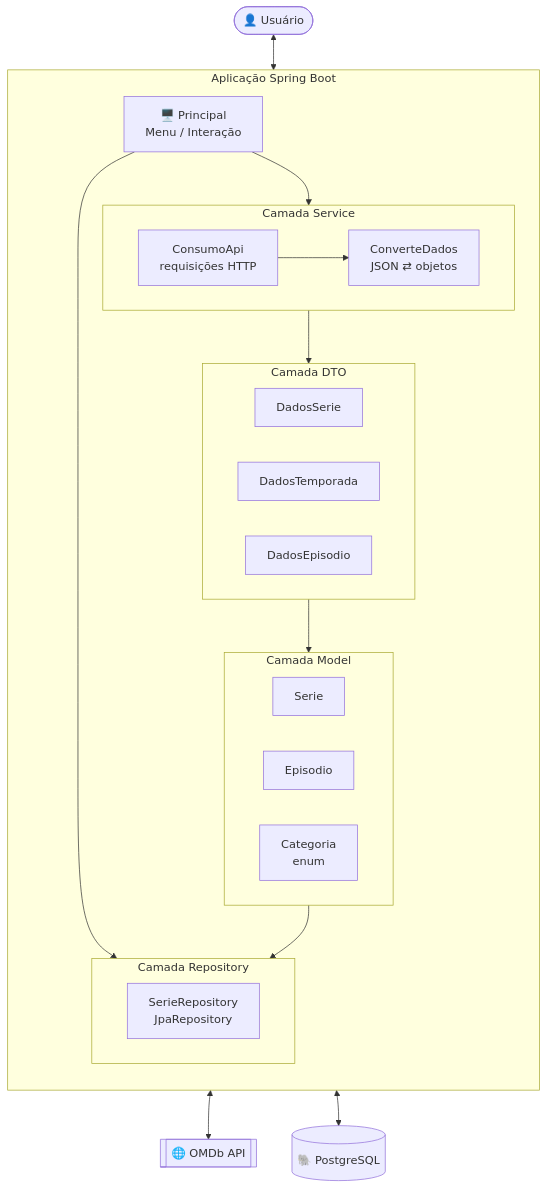
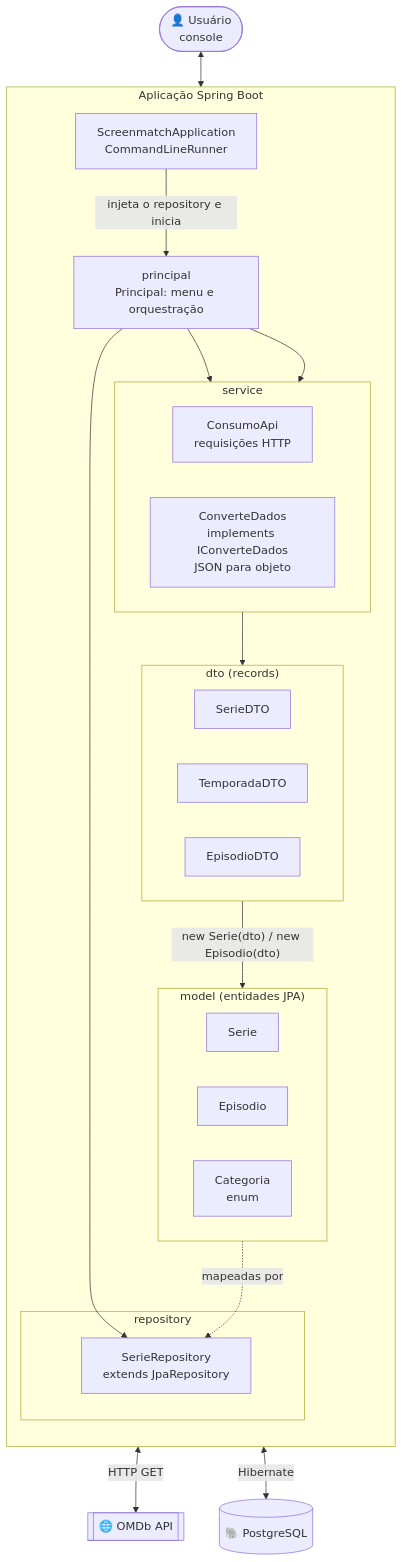
Before and after one commit to IgorPedrol/Screenmatch: the first of 5 diagrams in README.md, drawn with Mermaid. The commit also changed other lines of this file, not shown here.

````diff
--- a/README.md
+++ b/README.md
@@ -92,46 +85,48 @@
 ```mermaid
 flowchart TB
-    U(["👤 Usuário"])
+    U(["👤 Usuário<br/>console"])
 
     subgraph APP["Aplicação Spring Boot"]
         direction TB
-        P["🖥️ Principal<br/>Menu / Interação"]
+        MAIN["ScreenmatchApplication<br/>CommandLineRunner"]
+        P["principal<br/>Principal: menu e orquestração"]
 
-        subgraph SVC["Camada Service"]
+        subgraph SVC["service"]
             direction LR
             CA["ConsumoApi<br/>requisições HTTP"]
-            CD["ConverteDados<br/>JSON ⇄ objetos"]
+            CD["ConverteDados<br/>implements IConverteDados<br/>JSON para objeto"]
         end
 
-        subgraph DTO["Camada DTO"]
+        subgraph DTO["dto (records)"]
             direction LR
-            D1["DadosSerie"]
-            D2["DadosTemporada"]
-            D3["DadosEpisodio"]
+            D1["SerieDTO"]
+            D2["TemporadaDTO"]
+            D3["EpisodioDTO"]
         end
 
-        subgraph MDL["Camada Model"]
+        subgraph MDL["model (entidades JPA)"]
             direction LR
             M1["Serie"]
             M2["Episodio"]
             M3["Categoria<br/>enum"]
         end
 
-        subgraph REPO["Camada Repository"]
-            R1["SerieRepository<br/>JpaRepository"]
+        subgraph REPO["repository"]
+            R1["SerieRepository<br/>extends JpaRepository"]
         end
     end
 
     DB[("🐘 PostgreSQL")]
     API[["🌐 OMDb API"]]
 
     U <--> P
+    MAIN -->|"injeta o repository e inicia"| P
     P --> CA
-    CA <--> API
-    CA --> CD
+    CA <-->|"HTTP GET"| API
+    P --> CD
     CD --> DTO
-    DTO --> MDL
-    P --> REPO
-    MDL --> REPO
-    REPO <--> DB
+    DTO -->|"new Serie(dto) / new Episodio(dto)"| MDL
+    P --> R1
+    R1 <-->|"Hibernate"| DB
+    MDL -.->|"mapeadas por"| R1
 ```
````
